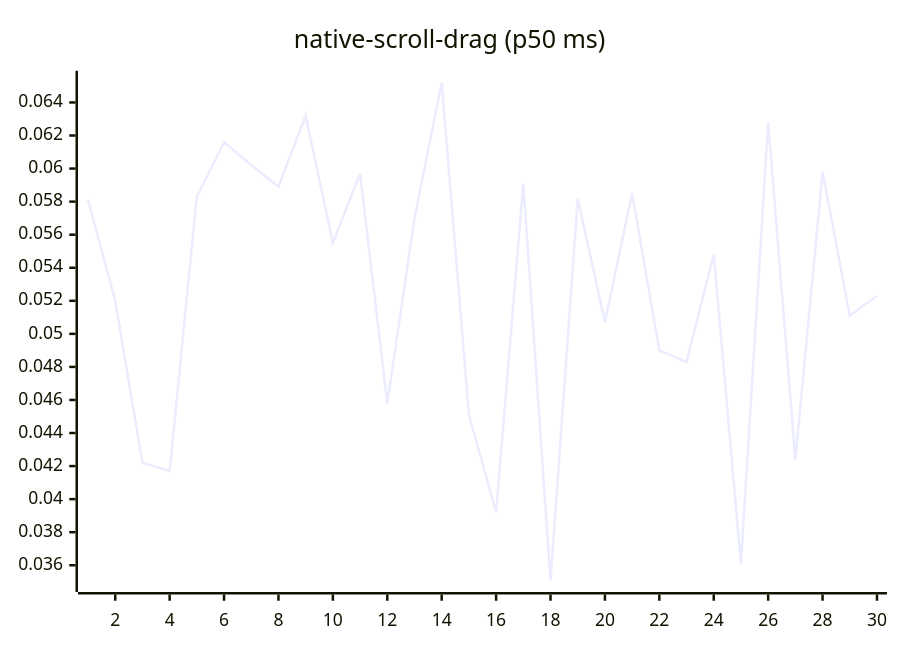
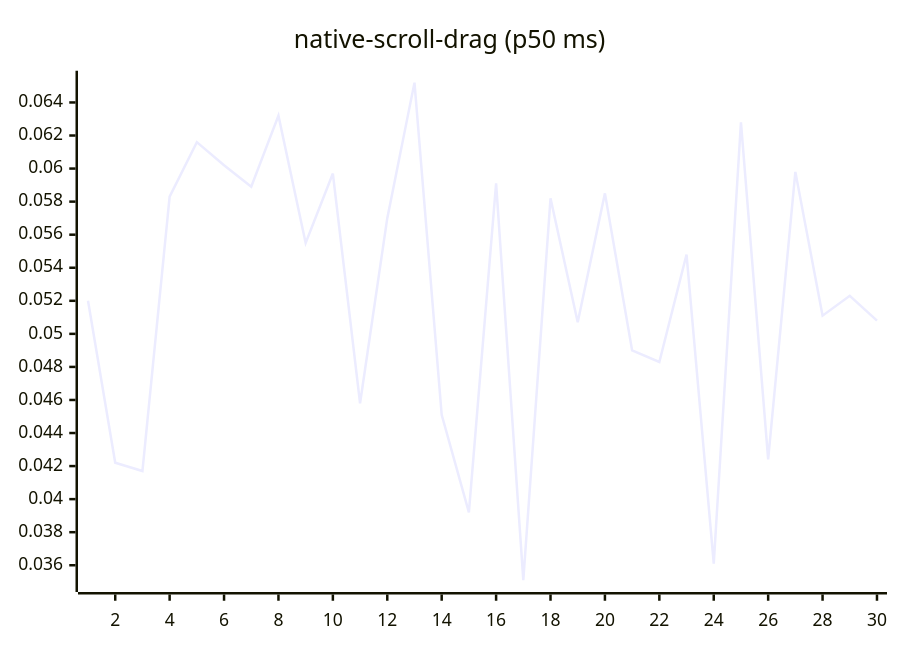
One commit to josha/Facet changed diagram 14 of 27 in README.md. Above: the diagram before and after it, drawn with Mermaid. The commit also changed other lines of this file and 2 other files, not shown here.

````diff
--- a/README.md
+++ b/README.md
@@ -154,6 +154,6 @@
 ```mermaid
 xychart-beta
     title "native-scroll-drag (p50 ms)"
     x-axis 1 --> 30
-    line [0.0581, 0.0520, 0.0422, 0.0417, 0.0583, 0.0616, 0.0602, 0.0589, 0.0632, 0.0555, 0.0597, 0.0458, 0.0570, 0.0652, 0.0451, 0.0392, 0.0591, 0.0351, 0.0582, 0.0507, 0.0585, 0.0490, 0.0483, 0.0548, 0.0361, 0.0628, 0.0424, 0.0598, 0.0511, 0.0523]
+    line [0.0520, 0.0422, 0.0417, 0.0583, 0.0616, 0.0602, 0.0589, 0.0632, 0.0555, 0.0597, 0.0458, 0.0570, 0.0652, 0.0451, 0.0392, 0.0591, 0.0351, 0.0582, 0.0507, 0.0585, 0.0490, 0.0483, 0.0548, 0.0361, 0.0628, 0.0424, 0.0598, 0.0511, 0.0523, 0.0508]
 ```
````
